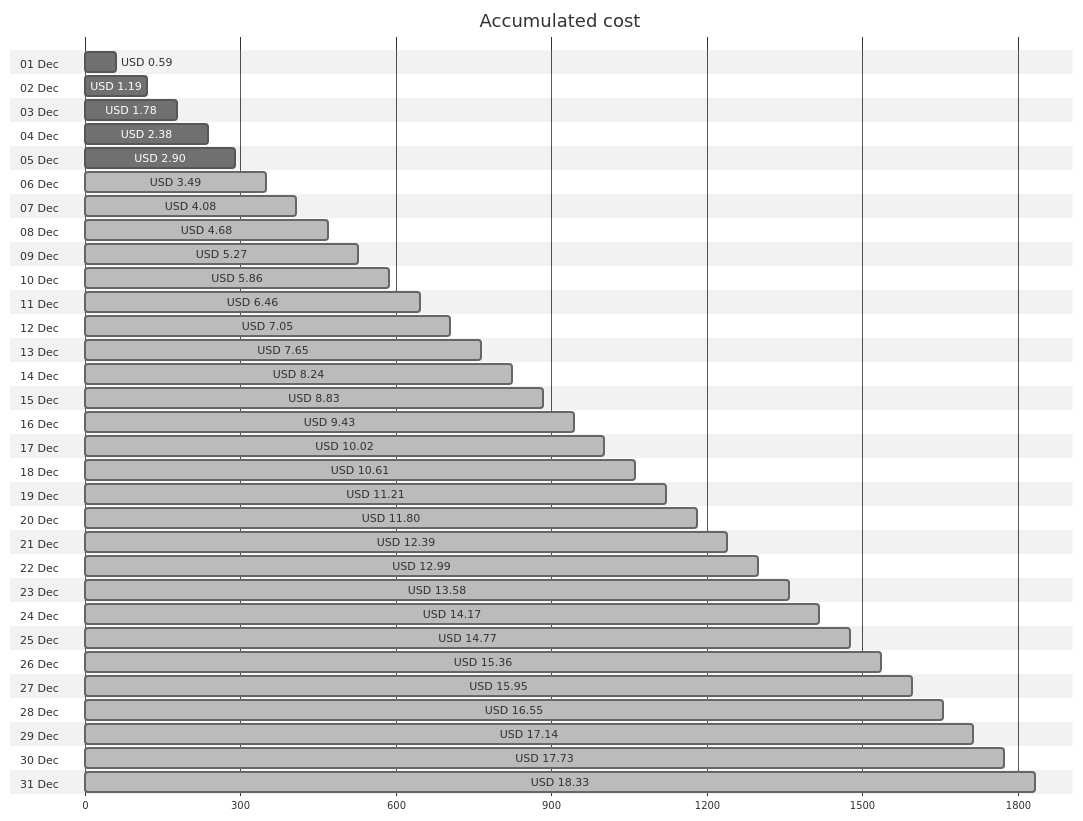
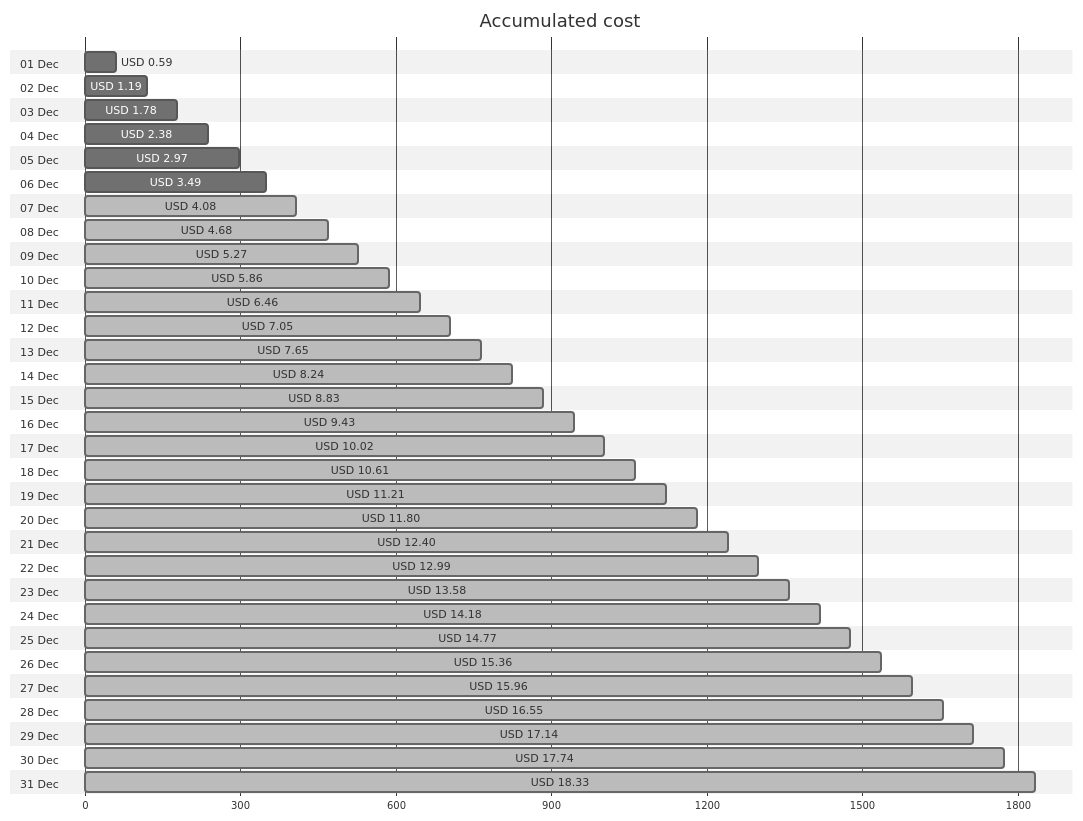
Before and after one commit to jpfulton/azure-personal-reports: the first of 4 diagrams in cost-reports/personal-site/README.md, drawn with Mermaid (neutral theme). The commit also changed other lines of this file and 6 other files, not shown here.

````diff
--- a/cost-reports/personal-site/README.md
+++ b/cost-reports/personal-site/README.md
@@ -20,68 +20,68 @@
 ```mermaid
 gantt
    title Accumulated cost
    dateFormat  X
    axisFormat %s
    section 01 Dec
    USD 0.59 :0, 59
    section 02 Dec
    USD 1.19 :0, 119
    section 03 Dec
    USD 1.78 :0, 178
    section 04 Dec
    USD 2.38 :0, 238
    section 05 Dec
-   USD 2.90 :0, 290
+   USD 2.97 :0, 297
    section 06 Dec
-   USD 3.49 : done, 0, 349
+   USD 3.49 :0, 349
    section 07 Dec
    USD 4.08 : done, 0, 408
    section 08 Dec
    USD 4.68 : done, 0, 468
    section 09 Dec
    USD 5.27 : done, 0, 527
    section 10 Dec
    USD 5.86 : done, 0, 586
    section 11 Dec
    USD 6.46 : done, 0, 646
    section 12 Dec
    USD 7.05 : done, 0, 705
    section 13 Dec
    USD 7.65 : done, 0, 765
    section 14 Dec
    USD 8.24 : done, 0, 824
    section 15 Dec
    USD 8.83 : done, 0, 883
    section 16 Dec
    USD 9.43 : done, 0, 943
    section 17 Dec
    USD 10.02 : done, 0, 1002
    section 18 Dec
    USD 10.61 : done, 0, 1061
    section 19 Dec
    USD 11.21 : done, 0, 1121
    section 20 Dec
    USD 11.80 : done, 0, 1180
    section 21 Dec
-   USD 12.39 : done, 0, 1239
+   USD 12.40 : done, 0, 1240
    section 22 Dec
    USD 12.99 : done, 0, 1299
    section 23 Dec
    USD 13.58 : done, 0, 1358
    section 24 Dec
-   USD 14.17 : done, 0, 1417
+   USD 14.18 : done, 0, 1418
    section 25 Dec
    USD 14.77 : done, 0, 1477
    section 26 Dec
    USD 15.36 : done, 0, 1536
    section 27 Dec
-   USD 15.95 : done, 0, 1595
+   USD 15.96 : done, 0, 1596
    section 28 Dec
    USD 16.55 : done, 0, 1655
    section 29 Dec
    USD 17.14 : done, 0, 1714
    section 30 Dec
-   USD 17.73 : done, 0, 1773
+   USD 17.74 : done, 0, 1774
    section 31 Dec
    USD 18.33 : done, 0, 1833
 ```
````
